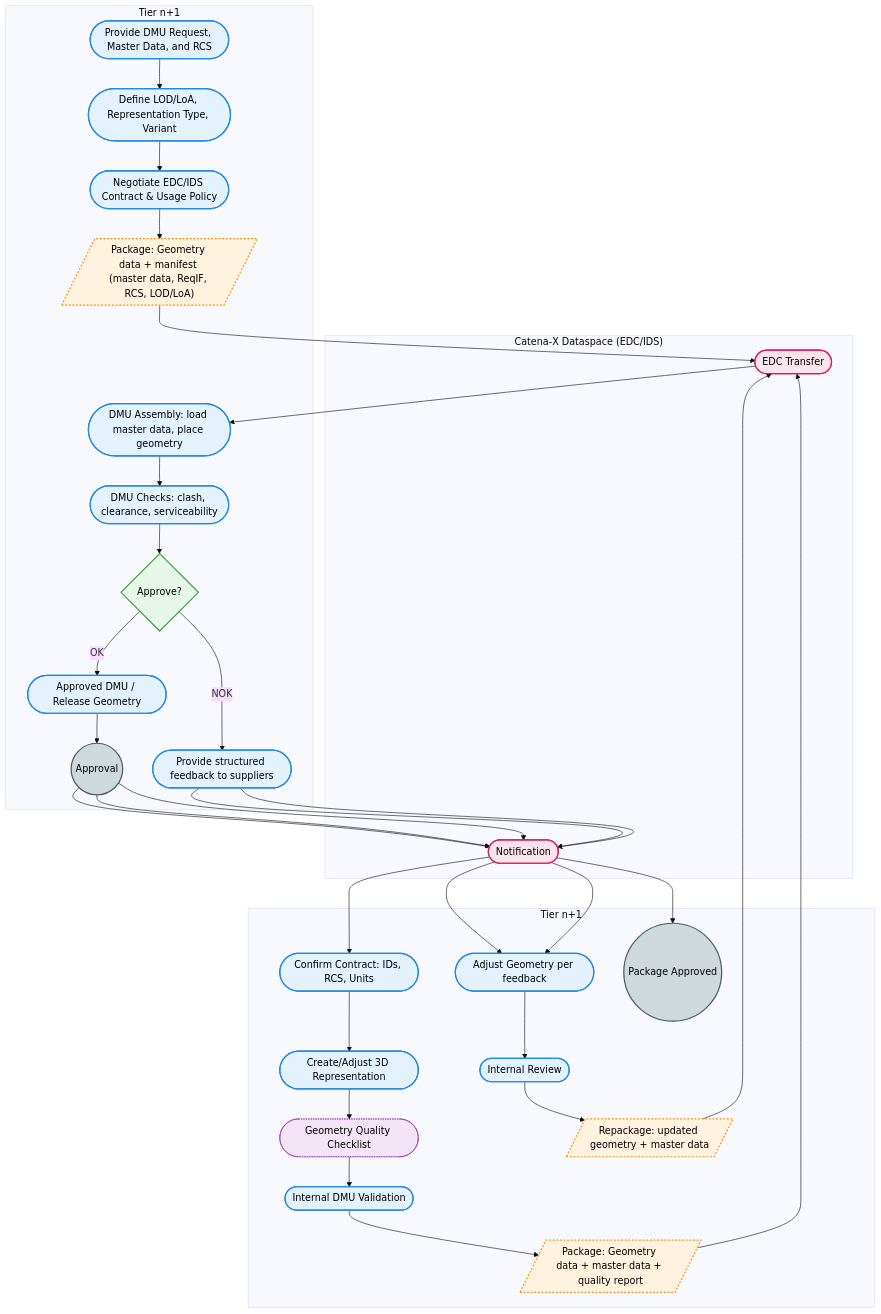
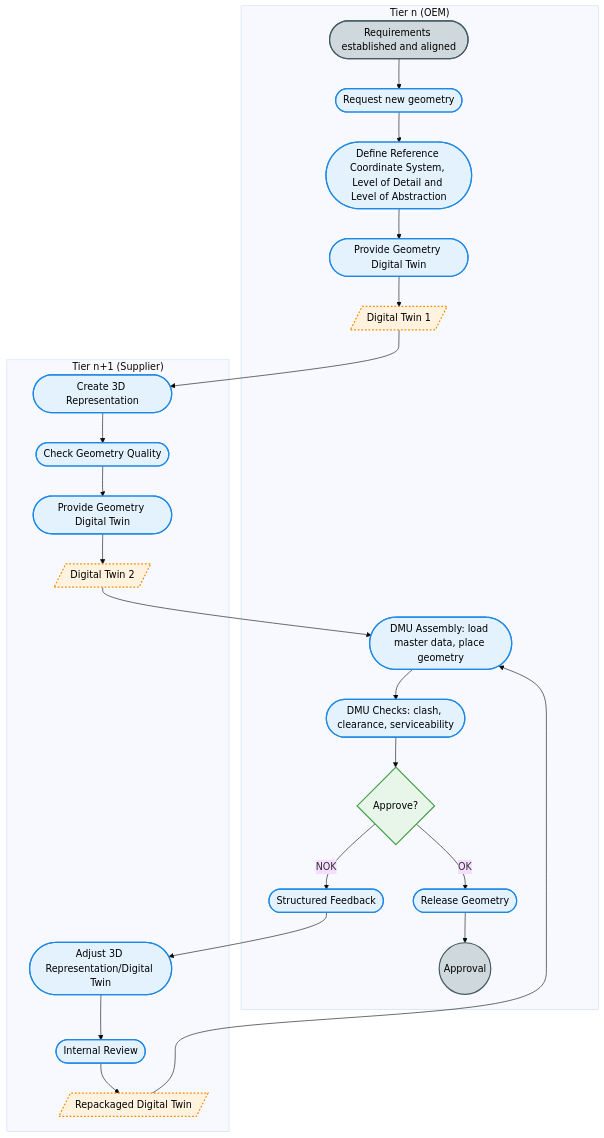
Before and after one commit to MartinEnders/eclipse-tractusx.github.io: the first of 4 diagrams in docs-kits/kits/geometry-kit/adoption-view.md, drawn with Mermaid (base theme). The commit also changed other lines of this file and 1 other file, not shown here.

Commit message:
changed: UCs Flowchart

`````diff
--- a/docs-kits/kits/geometry-kit/adoption-view.md
+++ b/docs-kits/kits/geometry-kit/adoption-view.md
@@ -55,78 +53,67 @@
-```mermaid
+```mermaid 
 flowchart TB
- subgraph OEM["Tier n+1"]
-        o_req(["Provide DMU Request, Master Data, and RCS"])
-        o_define(["Define LOD/LoA, Representation Type, Variant"])
-        o_contract(["Negotiate EDC/IDS Contract & Usage Policy"])
-        o_pkg[/"Package: Geometry data + manifest (master data, ReqIF, RCS, LOD/LoA)"/]
+ subgraph OEM["Tier n (OEM)"]
+        o_start(["Requirements established and aligned"])
+        o_req(["Request new geometry"])
+        o_provide(["Provide Geometry Digital Twin"])
+        o_define(["Define Reference Coordinate System, Level of Detail and Level of Abstraction"])
+        o_package[/"Digital Twin 1"/]
         o_assemble(["DMU Assembly: load master data, place geometry"])
         o_analysis(["DMU Checks: clash, clearance, serviceability"])
-        o_feedback(["Provide structured feedback to suppliers"])
         o_gate{"Approve?"}
-        o_release(["Approved DMU / Release Geometry"])
+        o_release(["Release Geometry"])
         o_approval(("Approval"))
+        o_feedback(["Structured Feedback"])
   end
- subgraph S1["Tier n+1"]
-        s1_confirm(["Confirm Contract: IDs, RCS, Units"])
-        s1_create(["Create/Adjust 3D Representation"])
-        s1_check(["Geometry Quality Checklist"])
-        s1_review(["Internal DMU Validation"])
-        s1_pack[/"Package: Geometry data + master data + quality report"/]
-        s1_adjust(["Adjust Geometry per feedback"])
-        s1_review2(["Internal Review"])
-        s1_pack2[/"Repackage: updated geometry + master data"/]
-        s1_done(("Package Approved"))
+ subgraph SUP["Tier n+1 (Supplier)"]
+        s_create(["Create 3D Representation"])
+        s_provide(["Provide Geometry Digital Twin"])
+        s_check(["Check Geometry Quality"])
+        s_pack[/"Digital Twin 2"/]
+        s_adjust(["Adjust 3D Representation/Digital Twin"])
+        s_review(["Internal Review"])
+        s_pack2[/"Repackaged Digital Twin"/]
   end
- subgraph DS["Catena‑X Dataspace (EDC/IDS)"]
-        ds_exchange(["EDC Transfer"])
-        ds_notify(["Notification"])
-  end
+    o_start --> o_req
     o_req --> o_define
-    o_define --> o_contract
-    o_contract --> o_pkg
-    o_pkg --> ds_exchange
-    ds_exchange --> o_assemble
+    o_define --> o_provide
+    o_provide --> o_package
+    s_create --> s_check
+    s_check --> s_provide
+    s_provide --> s_pack
+    s_pack --> o_assemble
     o_assemble --> o_analysis
     o_analysis --> o_gate
     o_gate -- OK --> o_release
     o_release --> o_approval
-    o_approval --> ds_notify & ds_notify & ds_notify
     o_gate -- NOK --> o_feedback
-    ds_notify --> s1_confirm & s1_adjust & s1_done & s1_adjust
-    s1_confirm --> s1_create
-    s1_create --> s1_check
-    s1_check --> s1_review
-    s1_review --> s1_pack
-    s1_pack --> ds_exchange
-    o_feedback --> ds_notify & ds_notify
-    s1_adjust --> s1_review2
-    s1_review2 --> s1_pack2
-    s1_pack2 --> ds_exchange
+    o_feedback --> s_adjust
+    s_adjust --> s_review
+    s_review --> s_pack2
+    s_pack2 --> o_assemble
+    o_package --> s_create
+     o_start:::terminal
      o_req:::activity
+     o_provide:::activity
      o_define:::activity
-     o_contract:::activity
-     o_pkg:::artifact
+     o_package:::artifact
      o_assemble:::activity
      o_analysis:::activity
-     o_feedback:::activity
      o_gate:::gateway
      o_release:::activity
      o_approval:::terminal
-     s1_confirm:::activity
-     s1_create:::activity
-     s1_check:::checklist
-     s1_review:::activity
-     s1_pack:::artifact
-     s1_adjust:::activity
-     s1_review2:::activity
-     s1_pack2:::artifact
-     s1_done:::terminal
-     ds_exchange:::exchange
-     ds_notify:::exchange
-    classDef activity fill:#E3F2FD,stroke:#1E88E5,stroke-width:2, color: #000
-    classDef gateway fill:#E8F5E9,stroke:#43A047,stroke-width:2, color: #000
-    classDef checklist fill:#F3E5F5,stroke:#8E24AA,stroke-dasharray:2 2, color: #000
-    classDef exchange fill:#FCE4EC,stroke:#D81B60,stroke-width:2, color: #000
-    classDef terminal fill:#CFD8DC,stroke:#455A64,stroke-width:2, color: #000
-    classDef artifact fill:#FFF3E0,stroke:#FB8C00,stroke-width:2,stroke-dasharray:3 3, color: #000
-```
+     o_feedback:::activity
+     s_create:::activity
+     s_check:::activity
+     s_pack:::artifact
+     s_adjust:::activity
+     s_review:::activity
+     s_pack2:::artifact
+     s_provide:::activity
+    classDef activity fill:#E3F2FD,stroke:#1E88E5,stroke-width:2, color:#000
+    classDef gateway fill:#E8F5E9,stroke:#43A047,stroke-width:2, color:#000
+    classDef checklist fill:#F3E5F5,stroke:#8E24AA,stroke-dasharray:2 2, color:#000
+    classDef exchange fill:#FCE4EC, stroke:#D81B60, stroke-width:2, color:#000
+    classDef terminal fill:#CFD8DC, stroke:#455A64, stroke-width:2, color:#000
+    classDef artifact fill:#FFF3E0, stroke:#FB8C00, stroke-width:2, stroke-dasharray:3 3, color:#000
+````
`````
